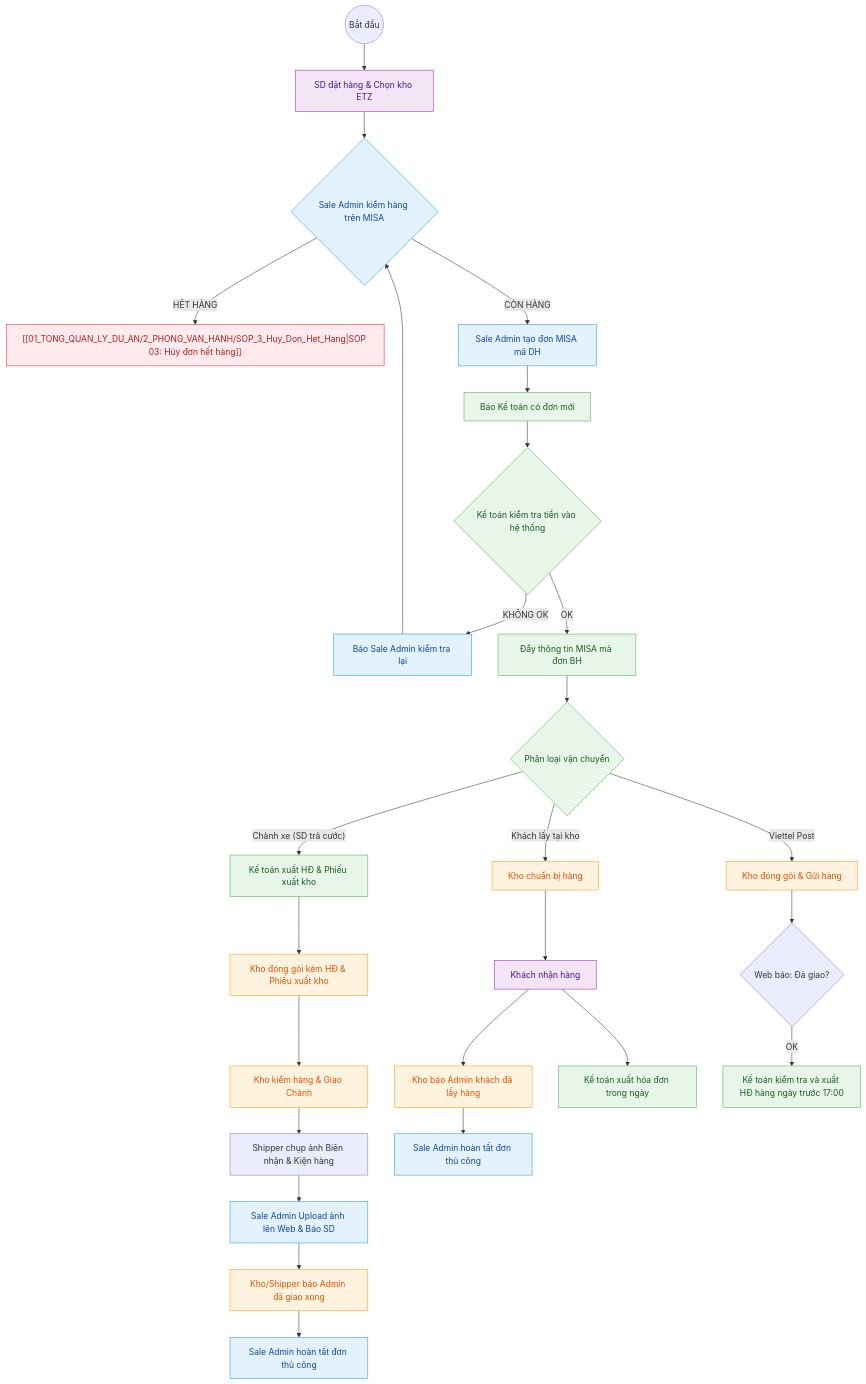
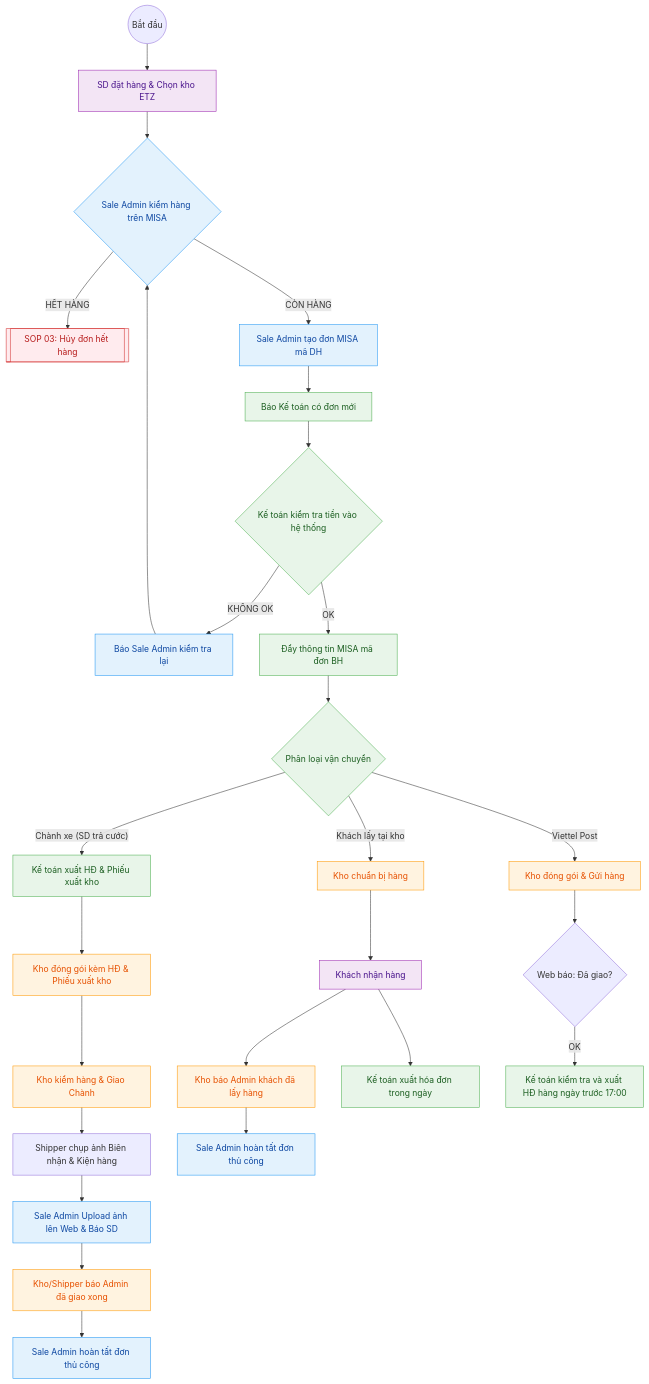
One commit to babaduoc/digitalgarden changed the diagram in src/site/notes/01_TONG_QUAN_LY_DU_AN/2_PHONG_VAN_HANH/SOP_2.0_Xu_Ly_Don_Hang_Chuan 1.md. Above: the diagram before and after it, drawn with Mermaid. The commit also changed 3 other files, not shown here.

````diff
--- a/src/site/notes/01_TONG_QUAN_LY_DU_AN/2_PHONG_VAN_HANH/SOP_2.0_Xu_Ly_Don_Hang_Chuan 1.md
+++ b/src/site/notes/01_TONG_QUAN_LY_DU_AN/2_PHONG_VAN_HANH/SOP_2.0_Xu_Ly_Don_Hang_Chuan 1.md
@@ -22,55 +22,56 @@
 ```mermaid
 graph TD
     %% Định nghĩa màu tương phản cao %%
     classDef sd fill:#F3E5F5,stroke:#9C27B0,color:#4A148C;
     classDef sale_admin fill:#E3F2FD,stroke:#2196F3,color:#0D47A1;
     classDef acc fill:#E8F5E9,stroke:#4CAF50,color:#1B5E20;
     classDef wh fill:#FFF3E0,stroke:#FF9800,color:#E65100;
     classDef error fill:#FFEBEE,stroke:#D32F2F,color:#B71C1C;
 
     Start((Bắt đầu)) --> SD_Order[SD đặt hàng & Chọn kho ETZ]
     
     %% Vai trò Sale Admin %%
     SD_Order --> SaleAdmin_Check{Sale Admin kiểm hàng trên MISA}
     
-    SaleAdmin_Check -- "HẾT HÀNG" --> OutOfStock["[[01_TONG_QUAN_LY_DU_AN/2_PHONG_VAN_HANH/SOP_3_Huy_Don_Het_Hang|SOP 03: Hủy đơn hết hàng]]"]
+    SaleAdmin_Check -- "HẾT HÀNG" --> OutOfStock[["SOP 03: Hủy đơn hết hàng"]]
+    click OutOfStock "/01-tong-quan-ly-du-an/2-phong-van-hanh/sop-3-huy-don-het-hang/"
     
     SaleAdmin_Check -- "CÒN HÀNG" --> SaleAdmin_DH[Sale Admin tạo đơn MISA mã DH]
     SaleAdmin_DH --> Acc_Notify[Báo Kế toán có đơn mới]
 
     %% Vai trò Kế toán %%
     Acc_Notify --> Acc_CheckMoney{Kế toán kiểm tra tiền vào hệ thống}
     
     Acc_CheckMoney -- "KHÔNG OK" --> Acc_Reject[Báo Sale Admin kiểm tra lại]
     Acc_Reject --> SaleAdmin_Check
     
     Acc_CheckMoney -- "OK" --> Acc_BH[Đẩy thông tin MISA mã đơn BH]
     Acc_BH --> Ship_Type{Phân loại vận chuyển}
 
     %% Nhánh Chành xe %%
     Ship_Type -- "Chành xe (SD trả cước)" --> Acc_Inv_1[Kế toán xuất HĐ & Phiếu xuất kho]
     Acc_Inv_1 --> WH_Pack_1[Kho đóng gói kèm HĐ & Phiếu xuất kho]
     WH_Pack_1 --> WH_Check[Kho kiểm hàng & Giao Chành]
     WH_Check --> WH_Photo[Shipper chụp ảnh Biên nhận & Kiện hàng]
     WH_Photo --> Admin_Upload[Sale Admin Upload ảnh lên Web & Báo SD]
     Admin_Upload --> WH_Confirm[Kho/Shipper báo Admin đã giao xong]
     WH_Confirm --> Admin_Finish_1[Sale Admin hoàn tất đơn thủ công]
 
     %% Nhánh Tại kho %%
     Ship_Type -- Khách lấy tại kho --> WH_Pack_2[Kho chuẩn bị hàng]
     WH_Pack_2 --> SD_Pick[Khách nhận hàng]
     SD_Pick --> WH_Confirm_2[Kho báo Admin khách đã lấy hàng]
     WH_Confirm_2 --> Admin_Finish_2[Sale Admin hoàn tất đơn thủ công]
     SD_Pick --> Acc_Inv_2[Kế toán xuất hóa đơn trong ngày]
 
     %% Nhánh Viettel Post %%
     Ship_Type -- Viettel Post --> WH_Pack_3[Kho đóng gói & Gửi hàng]
     WH_Pack_3 --> API_Delivered{Web báo: Đã giao?}
     API_Delivered -- OK --> Acc_Inv_3[Kế toán kiểm tra và xuất HĐ hàng ngày trước 17:00]
 
     class SD_Order,SD_Pick sd;
     class SaleAdmin_Check,SaleAdmin_DH,Acc_Reject,Admin_Upload,Admin_Finish_1,Admin_Finish_2 sale_admin;
     class Acc_CheckMoney,Acc_Notify,Acc_BH,Acc_Inv_1,Acc_Inv_2,Acc_Inv_3,Ship_Type,Acc_CheckMoney acc;
     class WH_Pack_1,WH_Pack_2,WH_Pack_3,WH_Check,WH_Confirm,WH_Confirm_2 wh;
     class OutOfStock error;
 ```
````
